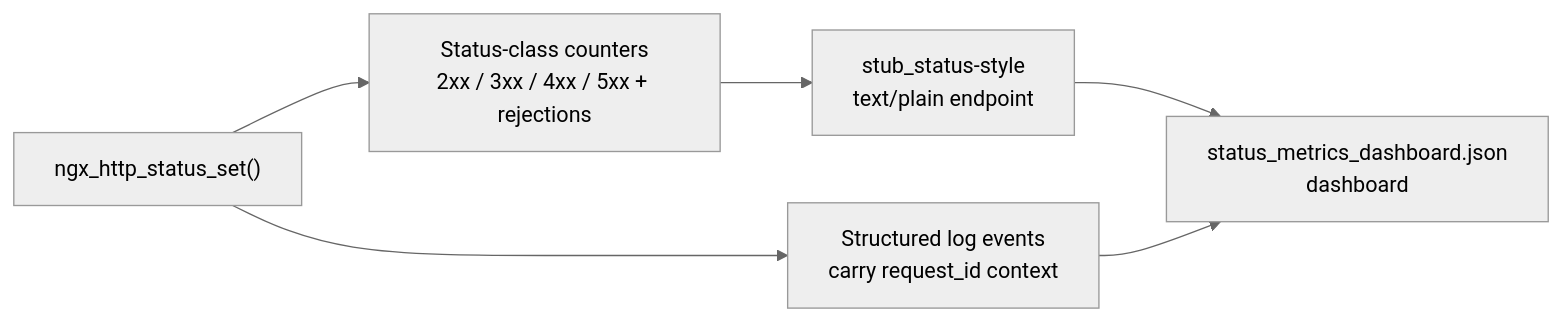
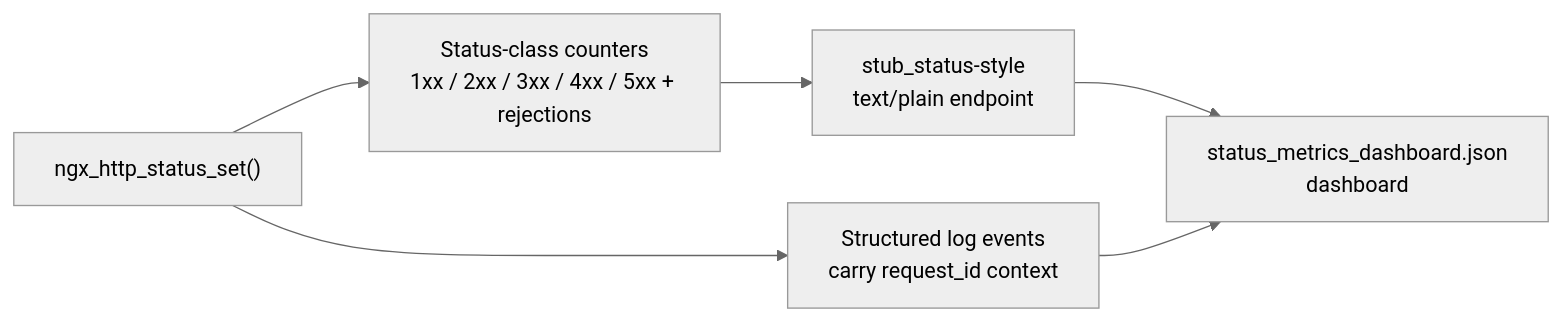
Before and after one commit to Blitzy-Sandbox/blitzy-nginx: the diagram in docs/observability/observability.md, drawn with Mermaid (neutral theme). The commit also changed 3 other files, not shown here.

````diff
--- a/docs/observability/observability.md
+++ b/docs/observability/observability.md
@@ -58,14 +58,14 @@
 ```mermaid
 flowchart LR
     SET["ngx_http_status_set()"]
-    CNT["Status-class counters<br/>2xx / 3xx / 4xx / 5xx + rejections"]
+    CNT["Status-class counters<br/>1xx / 2xx / 3xx / 4xx / 5xx + rejections"]
     LOG["Structured log events<br/>carry request_id context"]
     EP["stub_status-style<br/>text/plain endpoint"]
     DASH["status_metrics_dashboard.json<br/>dashboard"]
 
     SET --> CNT
     SET --> LOG
     CNT --> EP
     EP --> DASH
     LOG --> DASH
 ```
````
